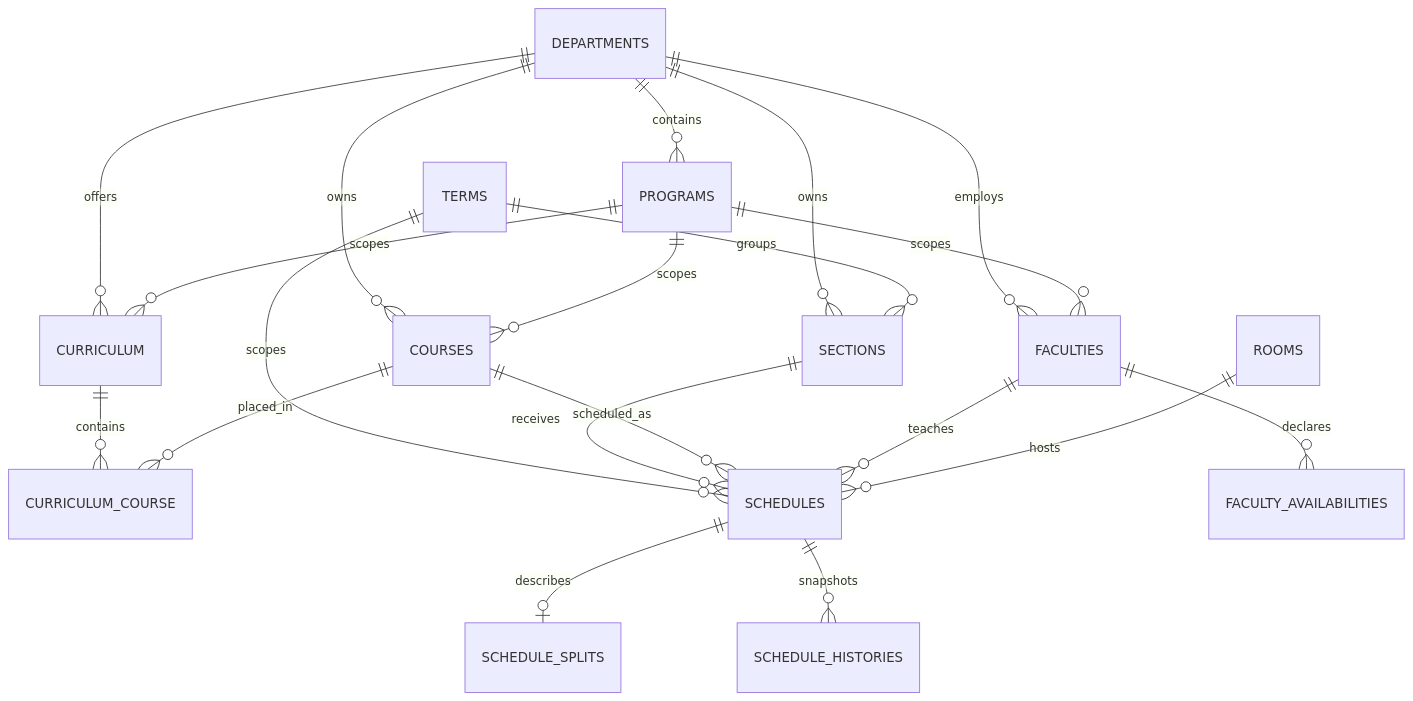
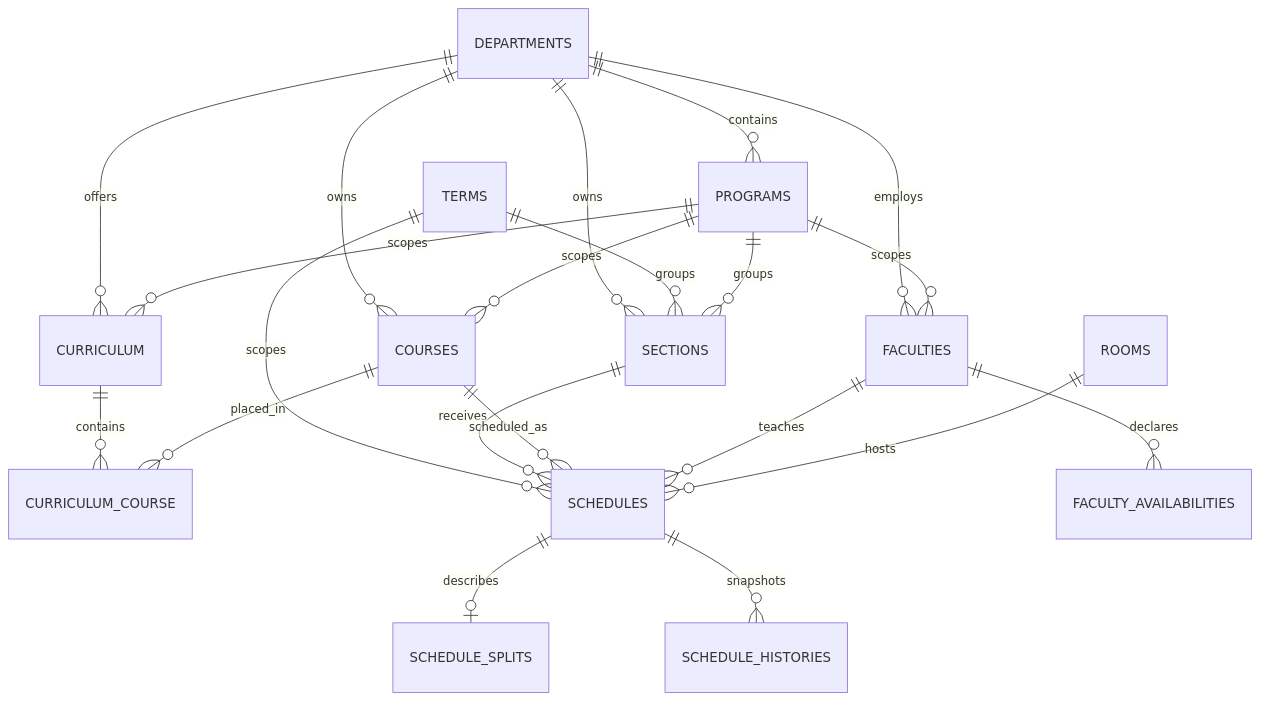
The diagram in docs/database.md (rtdabz/Web-Based-Intelligent-Conflict-Detection-and-Recommendation-System-for-Academic-Scheduling), drawn with Mermaid before and after one commit. The commit also changed other lines of this file and 368 other files, not shown here.

````diff
--- a/docs/database.md
+++ b/docs/database.md
@@ -28,22 +28,23 @@
 ```mermaid
 erDiagram
     DEPARTMENTS ||--o{ PROGRAMS : contains
     DEPARTMENTS ||--o{ FACULTIES : employs
     DEPARTMENTS ||--o{ SECTIONS : owns
     DEPARTMENTS ||--o{ COURSES : owns
     DEPARTMENTS ||--o{ CURRICULUM : offers
     PROGRAMS ||--o{ CURRICULUM : scopes
     PROGRAMS ||--o{ FACULTIES : scopes
     PROGRAMS ||--o{ COURSES : scopes
     CURRICULUM ||--o{ CURRICULUM_COURSE : contains
     COURSES ||--o{ CURRICULUM_COURSE : placed_in
     TERMS ||--o{ SECTIONS : groups
+    PROGRAMS ||--o{ SECTIONS : groups
     TERMS ||--o{ SCHEDULES : scopes
     SECTIONS ||--o{ SCHEDULES : receives
     COURSES ||--o{ SCHEDULES : scheduled_as
     FACULTIES ||--o{ SCHEDULES : teaches
     ROOMS ||--o{ SCHEDULES : hosts
     SCHEDULES ||--o| SCHEDULE_SPLITS : describes
     FACULTIES ||--o{ FACULTY_AVAILABILITIES : declares
     SCHEDULES ||--o{ SCHEDULE_HISTORIES : snapshots
 ```
````
